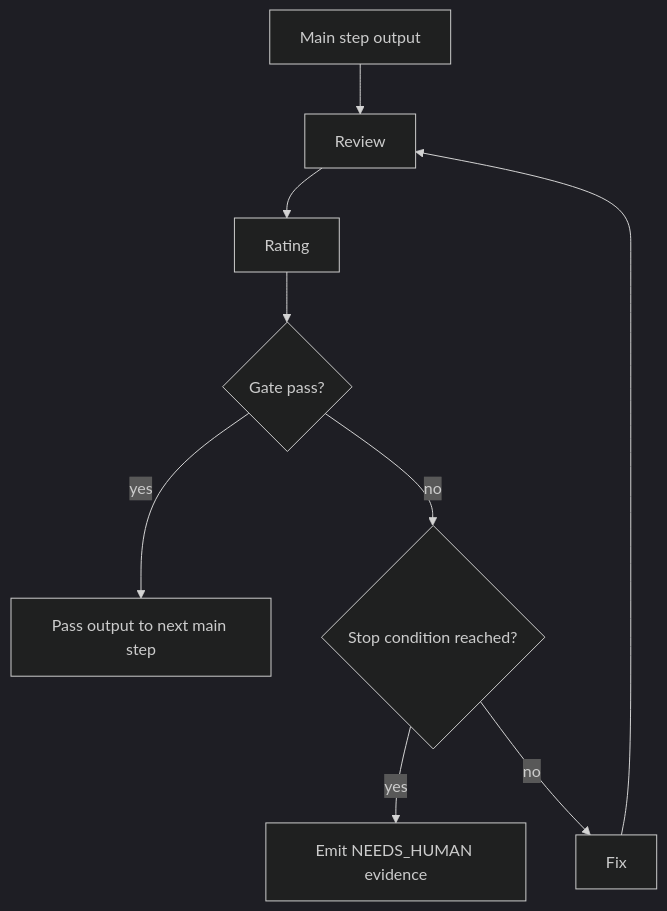
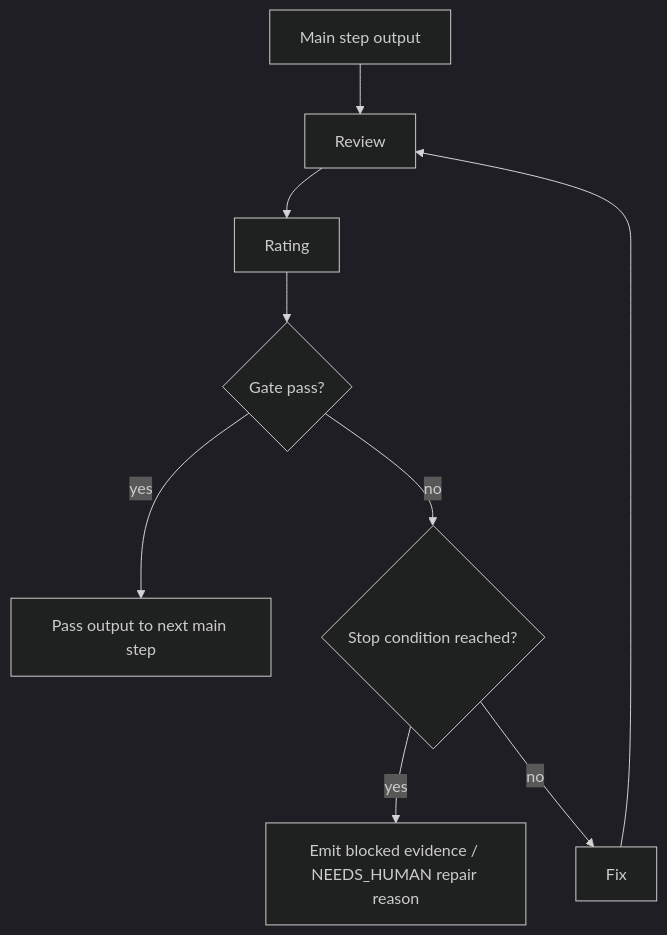
One commit to samzhu/grimoAPP changed the fifth of 10 diagrams in docs/grimo/references/grimo-agent-workflow-definition.md. Above: the diagram before and after it, drawn with Mermaid (dark theme). The commit also changed other lines of this file and 29 other files, not shown here.

````diff
--- a/docs/grimo/references/grimo-agent-workflow-definition.md
+++ b/docs/grimo/references/grimo-agent-workflow-definition.md
@@ -205,11 +229,11 @@
 ```mermaid
 flowchart TD
   StepOutput["Main step output"] --> Review["Review"]
   Review --> Rating["Rating"]
   Rating --> Score{"Gate pass?"}
   Score -- "yes" --> Pass["Pass output to next main step"]
   Score -- "no" --> Stop{"Stop condition reached?"}
-  Stop -- "yes" --> Block["Emit NEEDS_HUMAN evidence"]
+  Stop -- "yes" --> Block["Emit blocked evidence / NEEDS_HUMAN repair reason"]
   Stop -- "no" --> Fix["Fix"]
   Fix --> Review
 ```
````
